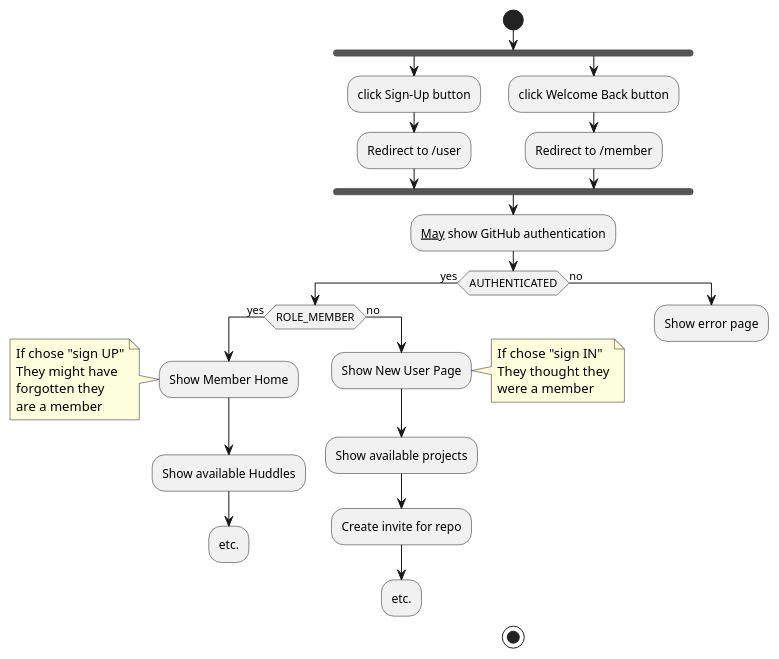
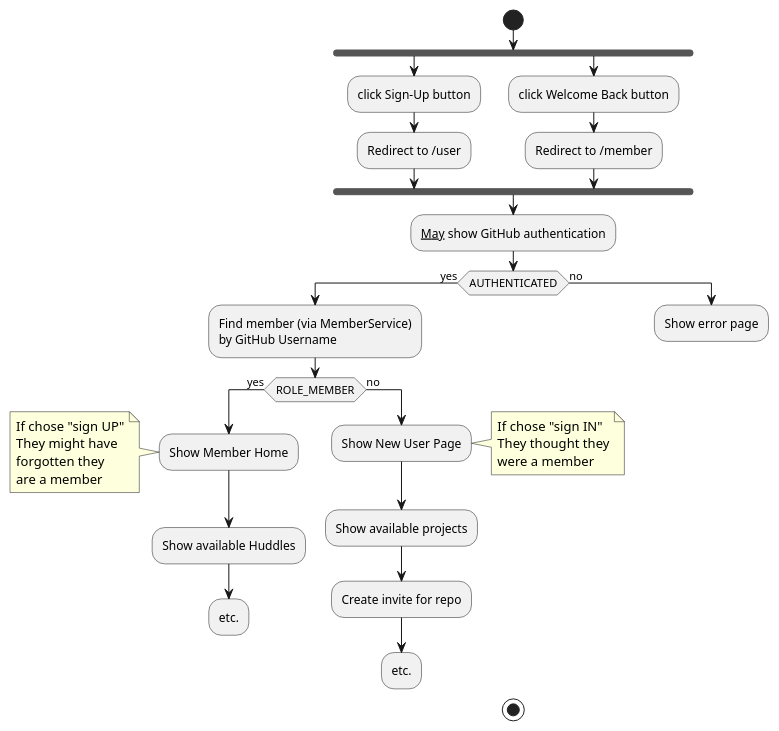
Before and after one commit to jitterted/ensembler: the diagram in login-flow.puml, drawn with PlantUML. The commit also changed 1 other file, not shown here.

Commit message:
Finally removed all traces of Member objects referenced by Huddle, now it's only via MemberId.

```diff
--- a/login-flow.puml
+++ b/login-flow.puml
@@ -1,43 +1,45 @@
 @startuml
 
 !pragma useVerticalIf on
 
 start
 fork
 :click Sign-Up button;
 :Redirect to /user;
 fork again
 :click Welcome Back button;
 :Redirect to /member;
 end fork
 :__May__ show GitHub authentication;
 if (AUTHENTICATED) then (yes)
+    :Find member (via MemberService)
+    by GitHub Username;
     if (ROLE_MEMBER) then (yes)
         :Show Member Home;
         note left
             If chose "sign UP"
             They might have
             forgotten they
             are a member
         end note
         :Show available Huddles;
         :etc.;
         kill
     else (no)
         :Show New User Page;
         note right
             If chose "sign IN"
             They thought they
             were a member
         end note
         :Show available projects;
         :Create invite for repo;
         :etc.;
         kill
     endif
 else (no)
     :Show error page;
     kill
 endif
 stop
 @enduml
```
